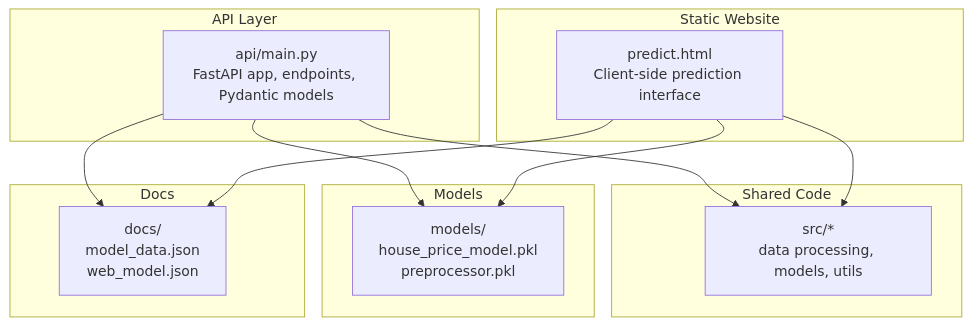
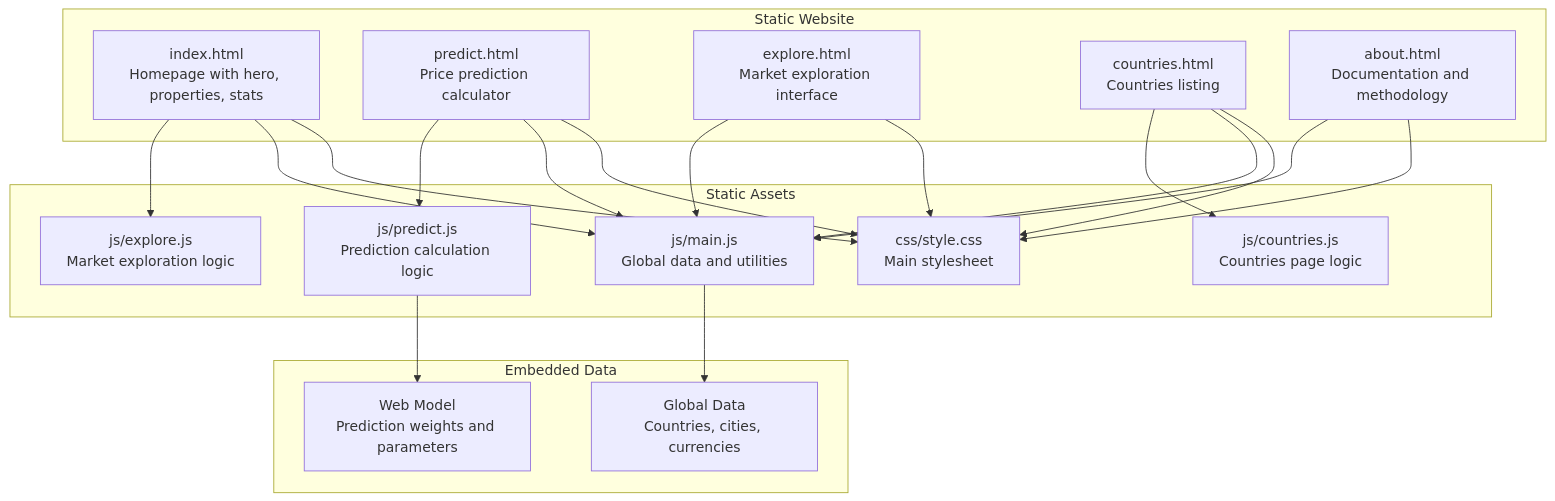
Before and after one commit to tashkirrr/housing-price-prediction: the first of 3 diagrams in .qoder/repowiki/en/content/REST API Service/REST API Service.md, drawn with Mermaid. The commit also changed other lines of this file and 5 other files, not shown here.

````diff
--- a/.qoder/repowiki/en/content/REST API Service/REST API Service.md
+++ b/.qoder/repowiki/en/content/REST API Service/REST API Service.md
@@ -46,24 +54,36 @@
 ```mermaid
 graph TB
-subgraph "API Layer"
-A["api/main.py<br/>FastAPI app, endpoints, Pydantic models"]
+subgraph "Static Website"
+A["index.html<br/>Homepage with hero, properties, stats"]
+B["predict.html<br/>Price prediction calculator"]
+C["explore.html<br/>Market exploration interface"]
+D["countries.html<br/>Countries listing"]
+E["about.html<br/>Documentation and methodology"]
 end
-subgraph "Static Website"
-S["predict.html<br/>Client-side prediction interface"]
+subgraph "Static Assets"
+F["css/style.css<br/>Main stylesheet"]
+G["js/main.js<br/>Global data and utilities"]
+H["js/predict.js<br/>Prediction calculation logic"]
+I["js/explore.js<br/>Market exploration logic"]
+J["js/countries.js<br/>Countries page logic"]
 end
-subgraph "Shared Code"
-SH["src/*<br/>data processing, models, utils"]
+subgraph "Embedded Data"
+K["Global Data<br/>Countries, cities, currencies"]
+L["Web Model<br/>Prediction weights and parameters"]
 end
-subgraph "Models"
-M["models/<br/>house_price_model.pkl<br/>preprocessor.pkl"]
-end
-subgraph "Docs"
-D["docs/<br/>model_data.json<br/>web_model.json"]
-end
-A --> SH
-A --> M
-A --> D
-S --> SH
-S --> M
-S --> D
+A --> F
+B --> F
+C --> F
+D --> F
+E --> F
+A --> G
+B --> G
+C --> G
+D --> G
+E --> G
+B --> H
+A --> I
+D --> J
+G --> K
+H --> L
 ```
````
